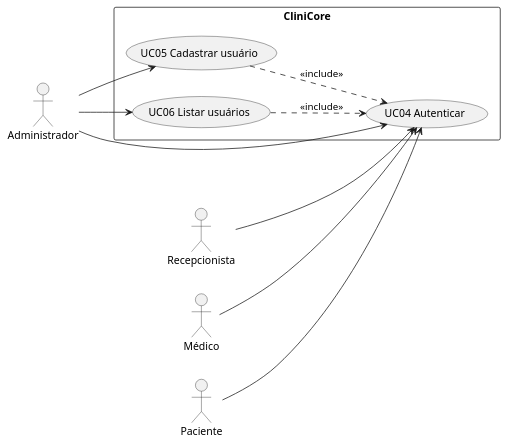
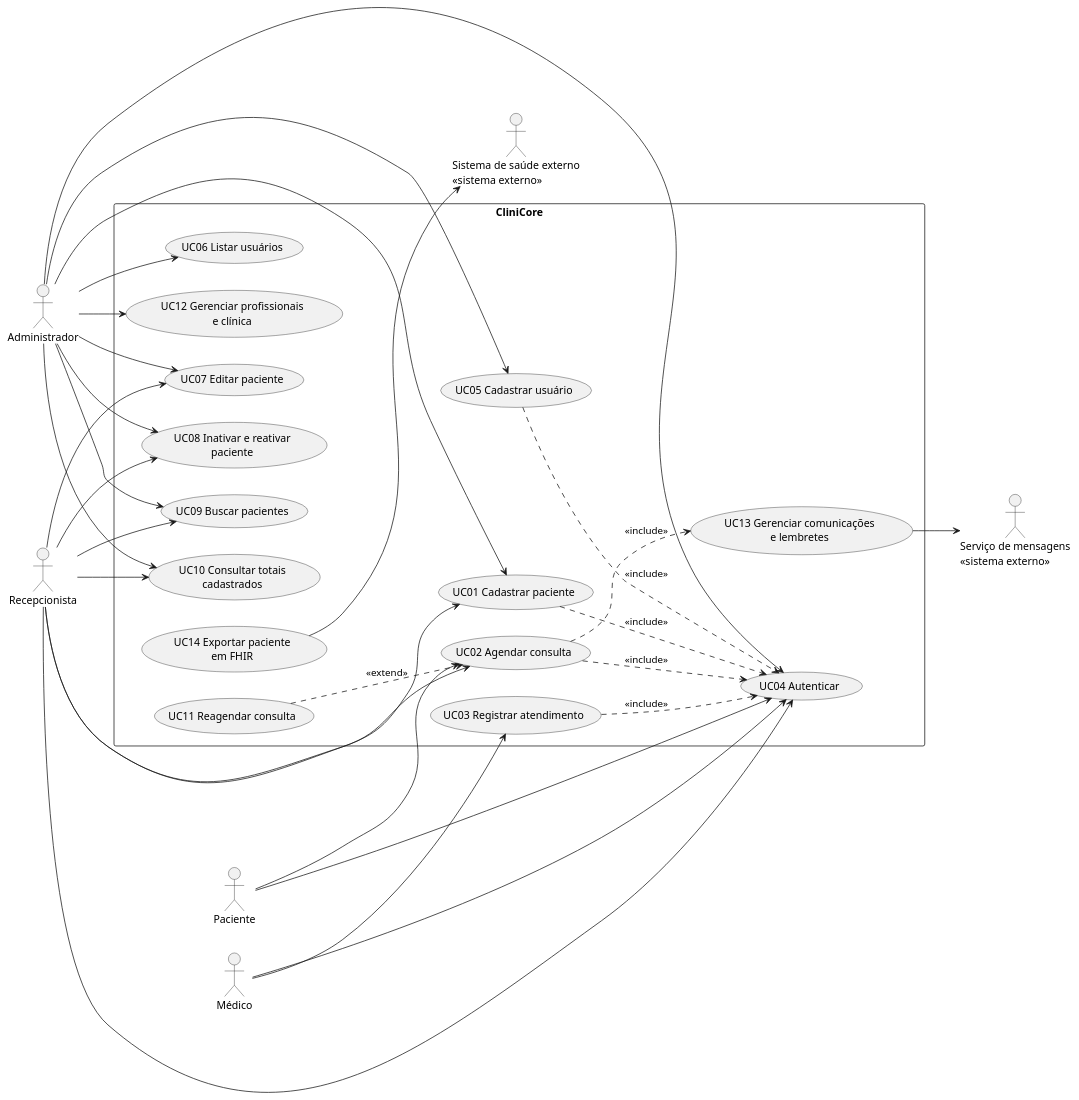
Before and after one commit to beatrizmontenegro07/projeto-metodos: the diagram in docs/04-casos-de-uso/casos-de-uso.puml, drawn with PlantUML. The commit also changed 6 other files, not shown here.

```diff
--- a/docs/04-casos-de-uso/casos-de-uso.puml
+++ b/docs/04-casos-de-uso/casos-de-uso.puml
@@ -1,24 +1,60 @@
 @startuml casos-de-uso
 left to right direction
 skinparam packageStyle rectangle
 
 actor Administrador
 actor Recepcionista
 actor "Médico" as Medico
 actor Paciente
+actor "Serviço de mensagens\n<<sistema externo>>" as Mensagens
+actor "Sistema de saúde externo\n<<sistema externo>>" as SistemaExterno
 
 rectangle CliniCore {
   usecase "UC04 Autenticar" as UC04
   usecase "UC05 Cadastrar usuário" as UC05
   usecase "UC06 Listar usuários" as UC06
+  usecase "UC12 Gerenciar profissionais\ne clínica" as UC12
+  usecase "UC01 Cadastrar paciente" as UC01
+  usecase "UC07 Editar paciente" as UC07
+  usecase "UC08 Inativar e reativar\npaciente" as UC08
+  usecase "UC09 Buscar pacientes" as UC09
+  usecase "UC10 Consultar totais\ncadastrados" as UC10
+  usecase "UC02 Agendar consulta" as UC02
+  usecase "UC11 Reagendar consulta" as UC11
+  usecase "UC13 Gerenciar comunicações\ne lembretes" as UC13
+  usecase "UC03 Registrar atendimento" as UC03
+  usecase "UC14 Exportar paciente\nem FHIR" as UC14
 }
 
 Administrador --> UC05
 Administrador --> UC06
+Administrador --> UC12
+Administrador --> UC01
+Administrador --> UC07
+Administrador --> UC08
+Administrador --> UC09
+Administrador --> UC10
+Recepcionista --> UC01
+Recepcionista --> UC07
+Recepcionista --> UC08
+Recepcionista --> UC09
+Recepcionista --> UC10
+Recepcionista --> UC02
+Paciente --> UC02
+Medico --> UC03
 Administrador --> UC04
 Recepcionista --> UC04
 Medico --> UC04
 Paciente --> UC04
+
+UC11 ..> UC02 : <<extend>>
+UC02 ..> UC13 : <<include>>
+UC13 --> Mensagens
+UC14 --> SistemaExterno
+
+' Todos os casos de uso, exceto UC14, incluem UC04; só alguns aparecem para manter o diagrama legível.
+UC01 ..> UC04 : <<include>>
 UC05 ..> UC04 : <<include>>
-UC06 ..> UC04 : <<include>>
+UC02 ..> UC04 : <<include>>
+UC03 ..> UC04 : <<include>>
 @enduml
```
